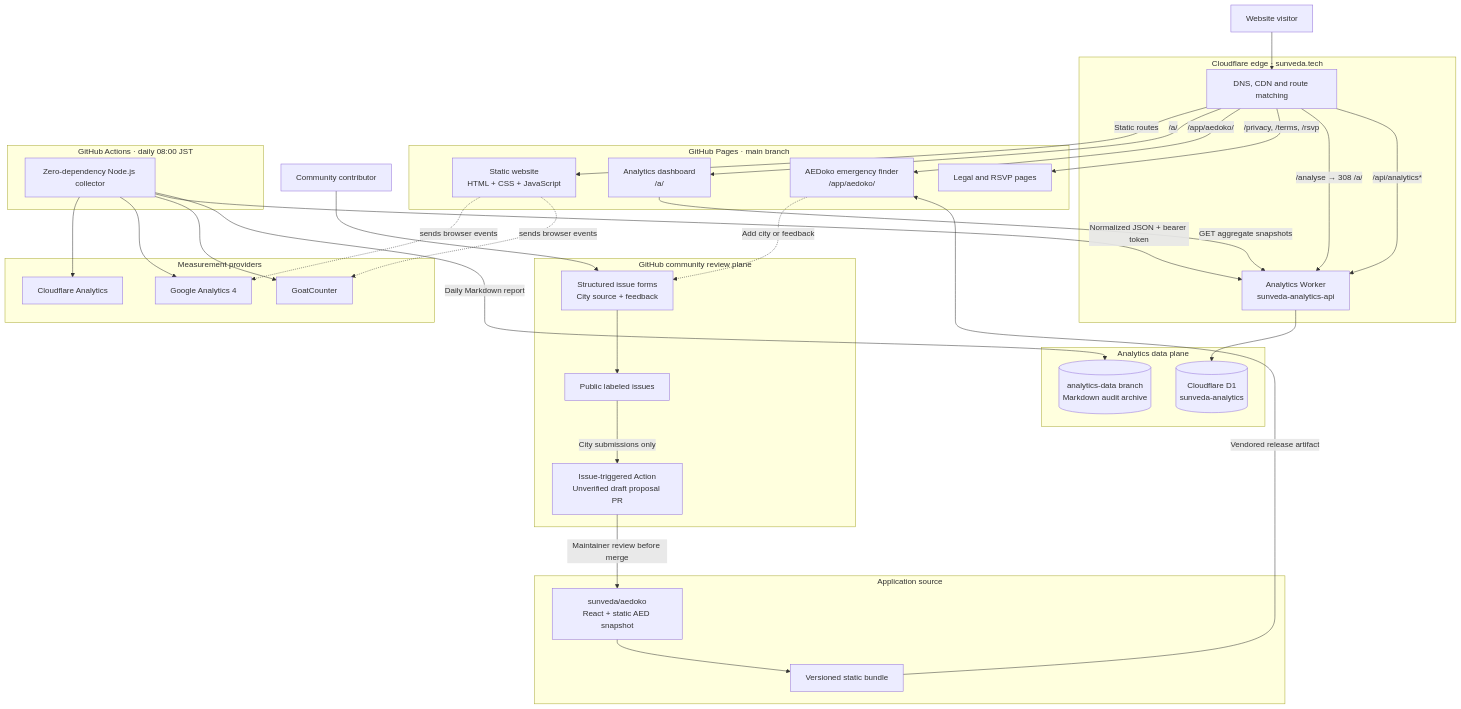
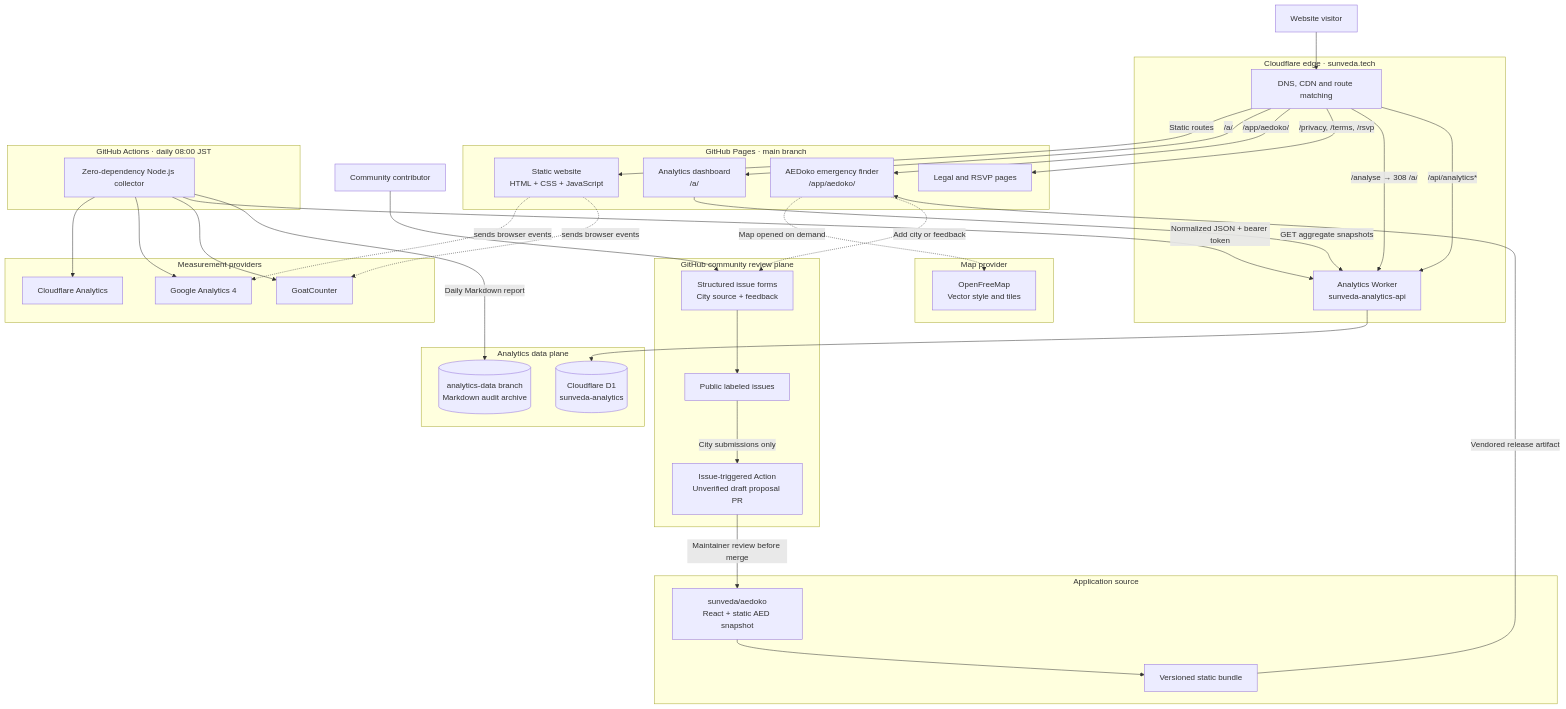
The first of 2 diagrams in README.md (sunveda/sunveda.tech), drawn with Mermaid before and after one commit. The commit also changed other lines of this file and 8 other files, not shown here.

````diff
--- a/README.md
+++ b/README.md
@@ -14,69 +14,74 @@
 ```mermaid
 flowchart TB
   visitor[Website visitor]
   contributor[Community contributor]
 
   subgraph edge[Cloudflare edge · sunveda.tech]
     cf[DNS, CDN and route matching]
     worker[Analytics Worker<br/>sunveda-analytics-api]
   end
 
   subgraph static[GitHub Pages · main branch]
     site[Static website<br/>HTML + CSS + JavaScript]
     dashboard[Analytics dashboard<br/>/a/]
     aedoko[AEDoko emergency finder<br/>/app/aedoko/]
     pages[Legal and RSVP pages]
   end
 
   subgraph appsource[Application source]
     aedrepo[sunveda/aedoko<br/>React + static AED snapshot]
     aedbuild[Versioned static bundle]
   end
 
   subgraph community[GitHub community review plane]
     forms[Structured issue forms<br/>City source + feedback]
     issues[Public labeled issues]
     proposal[Issue-triggered Action<br/>Unverified draft proposal PR]
   end
 
   subgraph data[Analytics data plane]
     d1[(Cloudflare D1<br/>sunveda-analytics)]
     archive[(analytics-data branch<br/>Markdown audit archive)]
   end
 
   subgraph providers[Measurement providers]
     cfa[Cloudflare Analytics]
     ga[Google Analytics 4]
     goat[GoatCounter]
   end
 
+  subgraph maps[Map provider]
+    openfreemap[OpenFreeMap<br/>Vector style and tiles]
+  end
+
   subgraph automation[GitHub Actions · daily 08:00 JST]
     collector[Zero-dependency Node.js collector]
   end
 
   visitor --> cf
   cf -->|Static routes| site
   cf -->|/a/| dashboard
   cf -->|/app/aedoko/| aedoko
   cf -->|/privacy, /terms, /rsvp| pages
   cf -->|/analyse → 308 /a/| worker
   cf -->|/api/analytics*| worker
   dashboard -->|GET aggregate snapshots| worker
   worker --> d1
 
   aedrepo --> aedbuild
   aedbuild -->|Vendored release artifact| aedoko
+  aedoko -. Map opened on demand .-> openfreemap
   aedoko -. Add city or feedback .-> forms
   contributor --> forms
   forms --> issues
   issues -->|City submissions only| proposal
   proposal -->|Maintainer review before merge| aedrepo
 
   site -. sends browser events .-> ga
   site -. sends browser events .-> goat
   collector --> cfa
   collector --> ga
   collector --> goat
   collector -->|Normalized JSON + bearer token| worker
   collector -->|Daily Markdown report| archive
 ```
````
